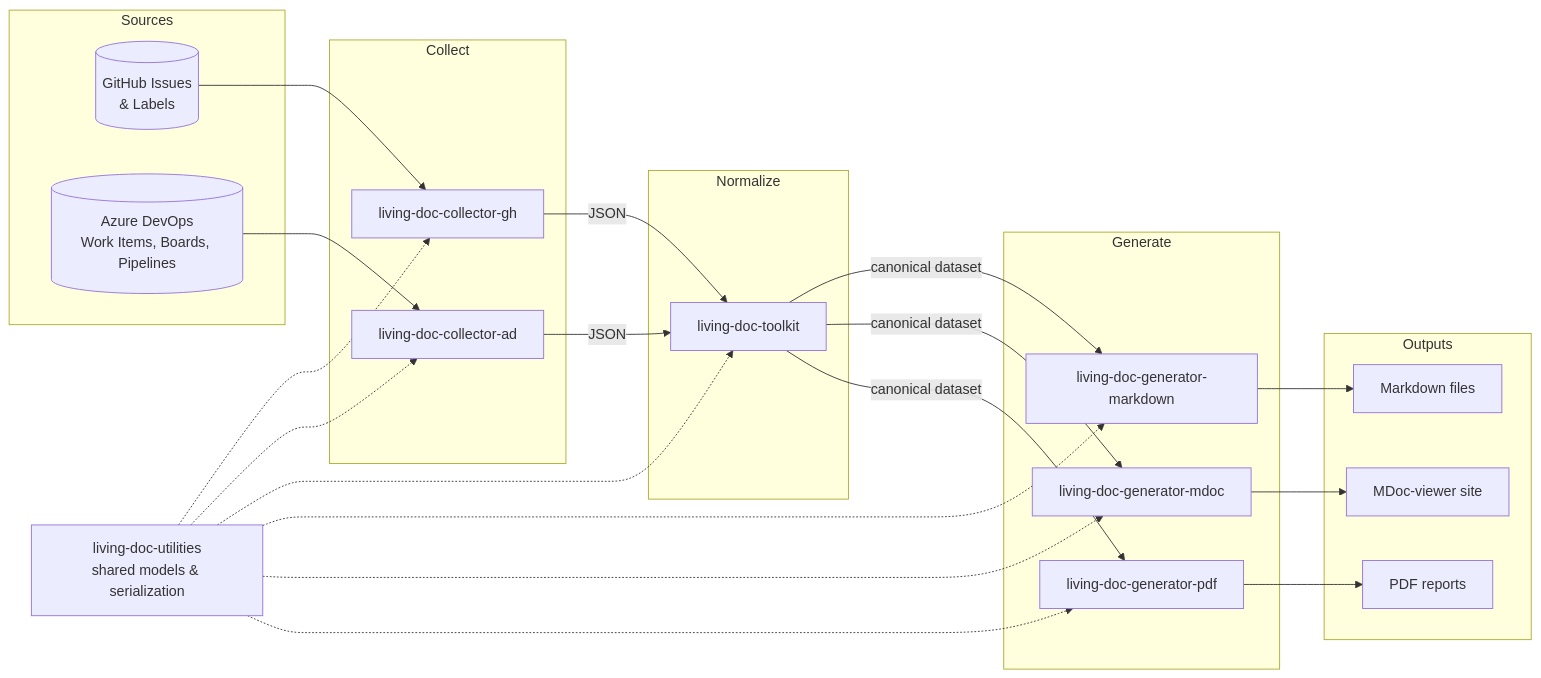
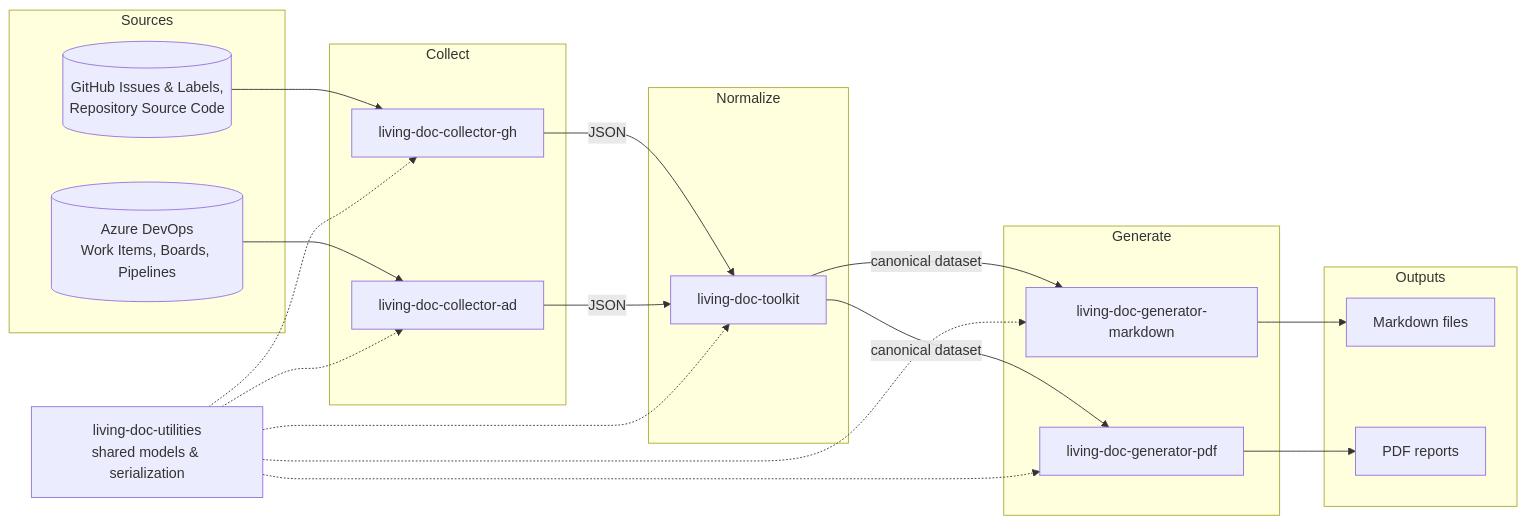
Before and after one commit to AbsaOSS/living-doc: the first of 2 diagrams in docs/introduction/architecture.md, drawn with Mermaid. The commit also changed other lines of this file and 17 other files, not shown here.

````diff
--- a/docs/introduction/architecture.md
+++ b/docs/introduction/architecture.md
@@ -7,44 +7,40 @@
 ```mermaid
 flowchart LR
     subgraph Sources
-        GH[(GitHub Issues<br/>& Labels)]
+        GH[(GitHub Issues & Labels,<br/>Repository Source Code)]
         AD[(Azure DevOps<br/>Work Items, Boards, Pipelines)]
     end
 
     subgraph Collect
         CGH[living-doc-collector-gh]
         CAD[living-doc-collector-ad]
     end
 
     subgraph Normalize
         TK[living-doc-toolkit]
     end
 
     subgraph Generate
         GM[living-doc-generator-markdown]
-        GMD[living-doc-generator-mdoc]
         GPDF[living-doc-generator-pdf]
     end
 
     subgraph Outputs
         OM[Markdown files]
-        OMD[MDoc-viewer site]
         OPDF[PDF reports]
     end
 
     GH --> CGH
     AD --> CAD
     CGH -- JSON --> TK
     CAD -- JSON --> TK
     TK -- canonical dataset --> GM --> OM
-    TK -- canonical dataset --> GMD --> OMD
     TK -- canonical dataset --> GPDF --> OPDF
 
     UTIL[living-doc-utilities<br/>shared models & serialization]
     UTIL -.-> CGH
     UTIL -.-> CAD
     UTIL -.-> TK
     UTIL -.-> GM
-    UTIL -.-> GMD
     UTIL -.-> GPDF
 ```
````
